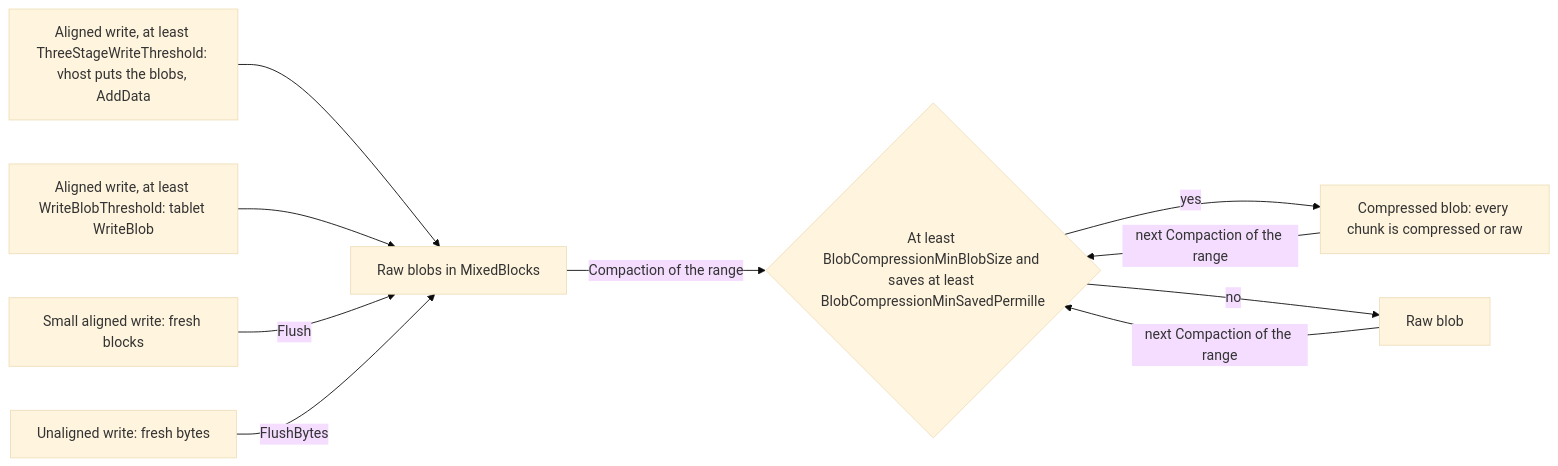
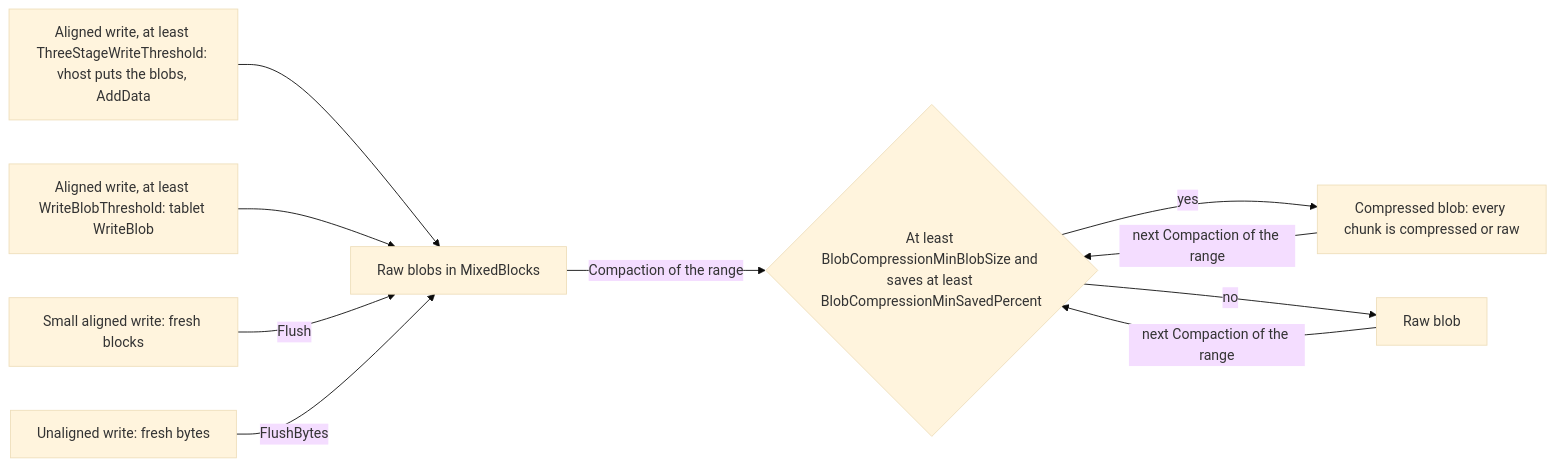
The first of 3 diagrams in doc/filestore/design/storage/tablet/blob_compression.md (ydb-platform/nbs), drawn with Mermaid (base theme) before and after one commit. The commit also changed other lines of this file, not shown here.

Commit message:
change permille to percentage

````diff
--- a/doc/filestore/design/storage/tablet/blob_compression.md
+++ b/doc/filestore/design/storage/tablet/blob_compression.md
@@ -28,12 +28,12 @@
 ```mermaid
 flowchart LR
     W1["Aligned write, at least ThreeStageWriteThreshold: vhost puts the blobs, AddData"] --> RAW["Raw blobs in MixedBlocks"]
     W2["Aligned write, at least WriteBlobThreshold: tablet WriteBlob"] --> RAW
     W3["Small aligned write: fresh blocks"] -->|Flush| RAW
     W4["Unaligned write: fresh bytes"] -->|FlushBytes| RAW
-    RAW -->|Compaction of the range| D{"At least BlobCompressionMinBlobSize and saves at least BlobCompressionMinSavedPermille"}
+    RAW -->|Compaction of the range| D{"At least BlobCompressionMinBlobSize and saves at least BlobCompressionMinSavedPercent"}
     D -->|yes| CMP["Compressed blob: every chunk is compressed or raw"]
     D -->|no| RAW2["Raw blob"]
     CMP -->|next Compaction of the range| D
     RAW2 -->|next Compaction of the range| D
 ```
````
